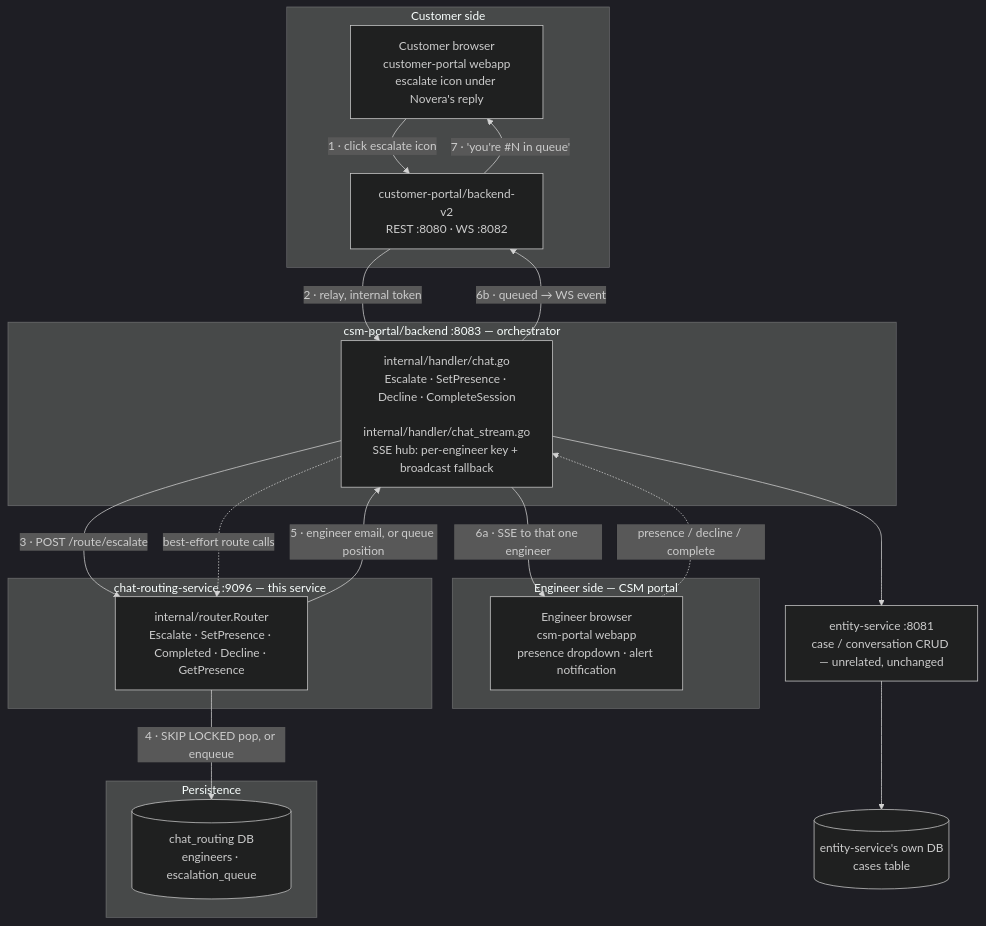
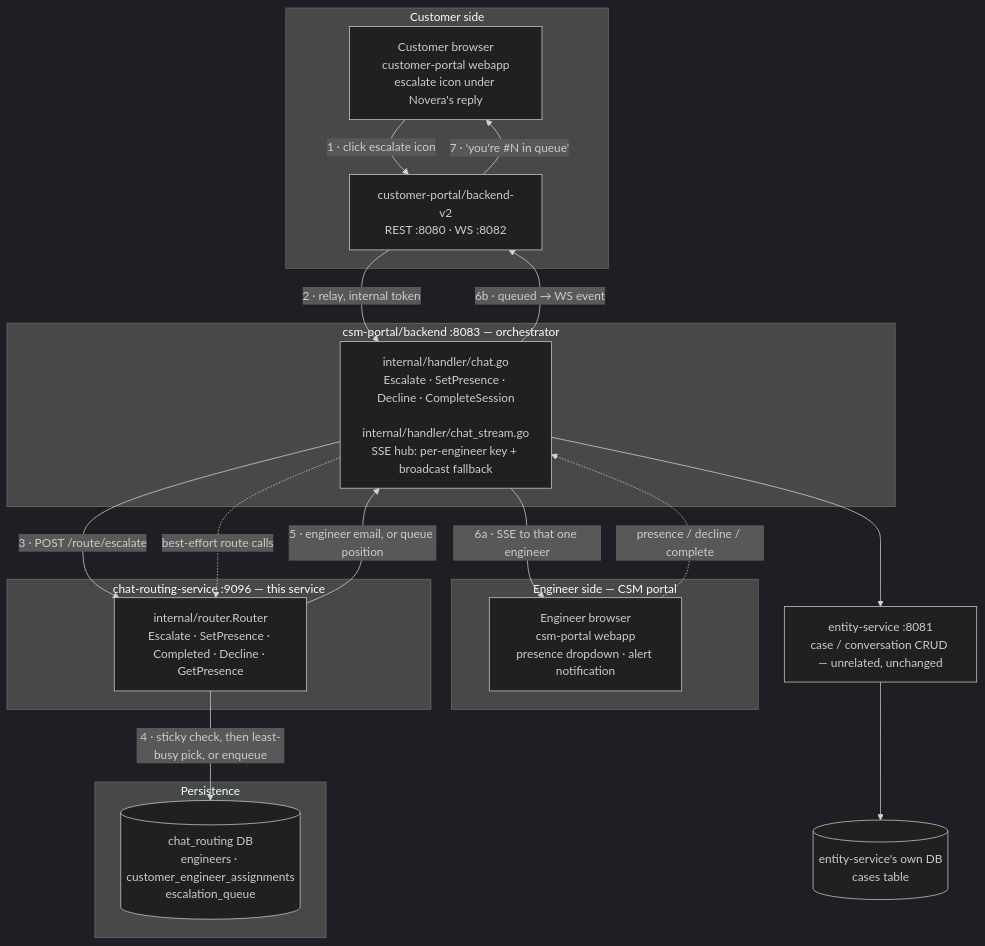
Before and after one commit to SeyedRumaiz/wso2-real-time-chat-framework: the diagram in apps/chat-routing-service/backend/README.md, drawn with Mermaid (dark theme). The commit also changed other lines of this file and 4 other files, not shown here.

````diff
--- a/apps/chat-routing-service/backend/README.md
+++ b/apps/chat-routing-service/backend/README.md
@@ -18,39 +20,39 @@
 ```mermaid
 flowchart TB
     subgraph CUST["Customer side"]
         A["Customer browser<br/>customer-portal webapp<br/>escalate icon under Novera's reply"]
         C["customer-portal/backend-v2<br/>REST :8080 · WS :8082"]
     end
 
     subgraph ENGS["Engineer side — CSM portal"]
         B["Engineer browser<br/>csm-portal webapp<br/>presence dropdown · alert notification"]
     end
 
     subgraph CSM["csm-portal/backend :8083 — orchestrator"]
         D["internal/handler/chat.go<br/>Escalate · SetPresence · Decline · CompleteSession<br/><br/>internal/handler/chat_stream.go<br/>SSE hub: per-engineer key + broadcast fallback"]
     end
 
     subgraph ROUTE["chat-routing-service :9096 — this service"]
         F["internal/router.Router<br/>Escalate · SetPresence · Completed · Decline · GetPresence"]
     end
 
     subgraph PG["Persistence"]
-        G[("chat_routing DB<br/>engineers · escalation_queue")]
+        G[("chat_routing DB<br/>engineers · customer_engineer_assignments<br/>escalation_queue")]
     end
 
     H["entity-service :8081<br/>case / conversation CRUD — unrelated, unchanged"]
     I[("entity-service's own DB<br/>cases table")]
 
     A -->|"1 · click escalate icon"| C
     C -->|"2 · relay, internal token"| D
     D -->|"3 · POST /route/escalate"| F
-    F -->|"4 · SKIP LOCKED pop, or enqueue"| G
+    F -->|"4 · sticky check, then least-busy pick, or enqueue"| G
     F -->|"5 · engineer email, or queue position"| D
     D -->|"6a · SSE to that one engineer"| B
     D -->|"6b · queued → WS event"| C
     C -->|"7 · 'you're #N in queue'"| A
     B -.->|"presence / decline / complete"| D
     D -.->|"best-effort route calls"| F
     D --> H
     H --> I
 ```
````
